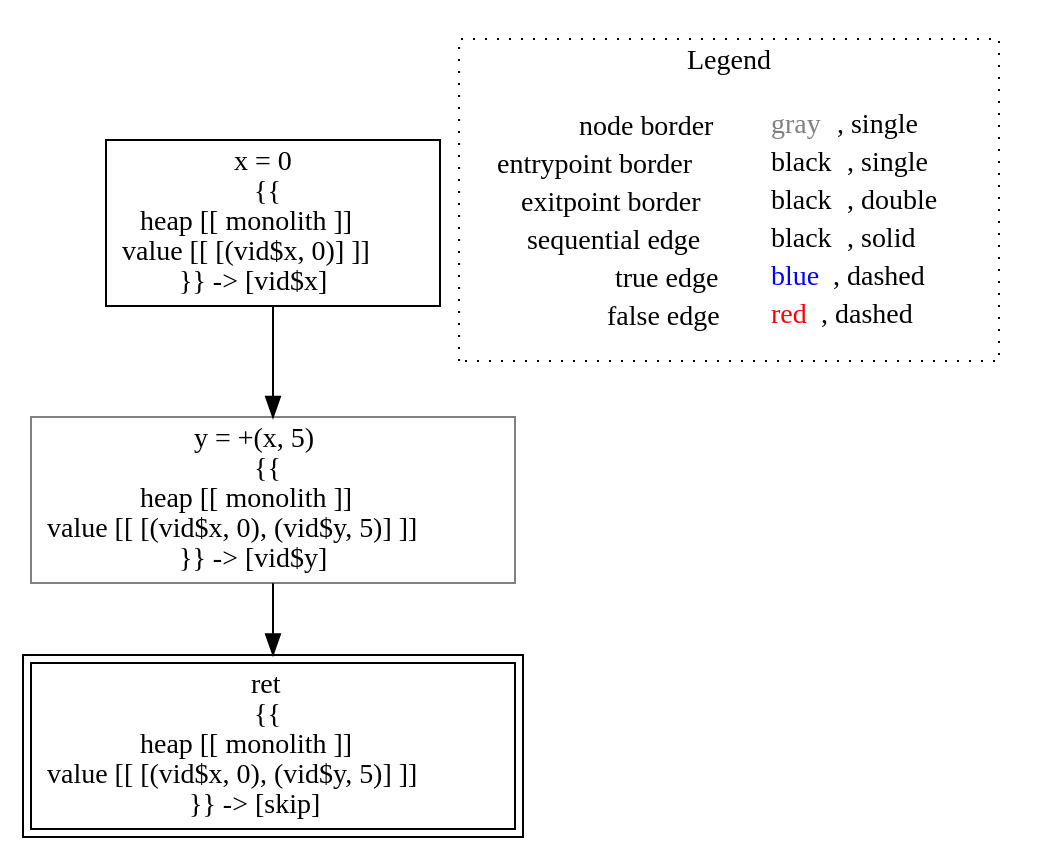
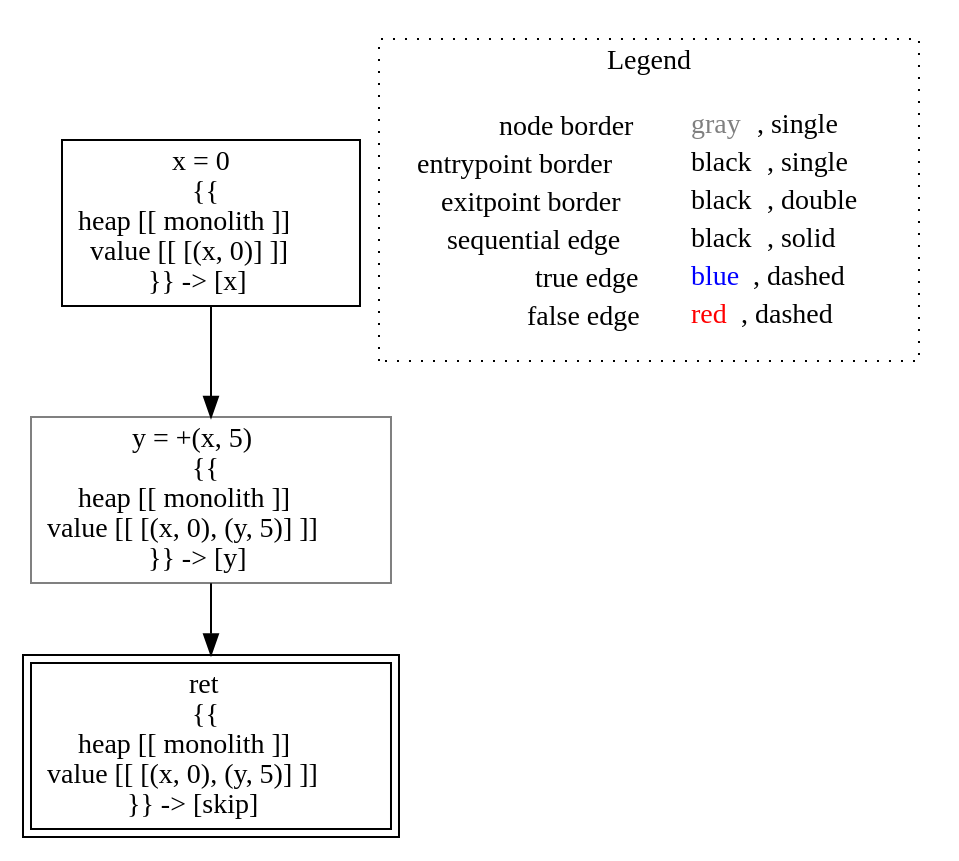
The diagram in lisa/imp-testcases/constant-propagation-df/analysis___untyped_cp.f0(cp_this).dot (lisa-analyzer/lisa), drawn with Graphviz before and after one commit. The commit also changed 65 other files, not shown here.

```diff
--- a/lisa/imp-testcases/constant-propagation-df/analysis___untyped_cp.f0(cp_this).dot
+++ b/lisa/imp-testcases/constant-propagation-df/analysis___untyped_cp.f0(cp_this).dot
@@ -1,14 +1,14 @@
 digraph {
-	"node0" [shape="rect",color="black",label=<x = 0<BR/>{{<BR/>heap [[ monolith ]]<BR/>value [[ [(vid$x, 0)] ]]<BR/>}} -&gt; [vid$x]>];
-	"node1" [shape="rect",color="gray",label=<y = +(x, 5)<BR/>{{<BR/>heap [[ monolith ]]<BR/>value [[ [(vid$x, 0), (vid$y, 5)] ]]<BR/>}} -&gt; [vid$y]>];
-	"node2" [shape="rect",color="black",peripheries="2",label=<ret<BR/>{{<BR/>heap [[ monolith ]]<BR/>value [[ [(vid$x, 0), (vid$y, 5)] ]]<BR/>}} -&gt; [skip]>];
+	"node0" [shape="rect",color="black",label=<x = 0<BR/>{{<BR/>heap [[ monolith ]]<BR/>value [[ [(x, 0)] ]]<BR/>}} -&gt; [x]>];
+	"node1" [shape="rect",color="gray",label=<y = +(x, 5)<BR/>{{<BR/>heap [[ monolith ]]<BR/>value [[ [(x, 0), (y, 5)] ]]<BR/>}} -&gt; [y]>];
+	"node2" [shape="rect",color="black",peripheries="2",label=<ret<BR/>{{<BR/>heap [[ monolith ]]<BR/>value [[ [(x, 0), (y, 5)] ]]<BR/>}} -&gt; [skip]>];
+	"node1" -> "node2" [color="black"];
 	"node0" -> "node1" [color="black"];
-	"node1" -> "node2" [color="black"];
 subgraph cluster_legend {
 	label="Legend";
 	style=dotted;
 	node [shape=plaintext];
 	"legend" [label=<<table border="0" cellpadding="2" cellspacing="0" cellborder="0"><tr><td align="right">node border&nbsp;</td><td align="left"><font color="gray">gray</font>, single</td></tr><tr><td align="right">entrypoint border&nbsp;</td><td align="left"><font color="black">black</font>, single</td></tr><tr><td align="right">exitpoint border&nbsp;</td><td align="left"><font color="black">black</font>, double</td></tr><tr><td align="right">sequential edge&nbsp;</td><td align="left"><font color="black">black</font>, solid</td></tr><tr><td align="right">true edge&nbsp;</td><td align="left"><font color="blue">blue</font>, dashed</td></tr><tr><td align="right">false edge&nbsp;</td><td align="left"><font color="red">red</font>, dashed</td></tr></table>>];
 }
 
 }
```
